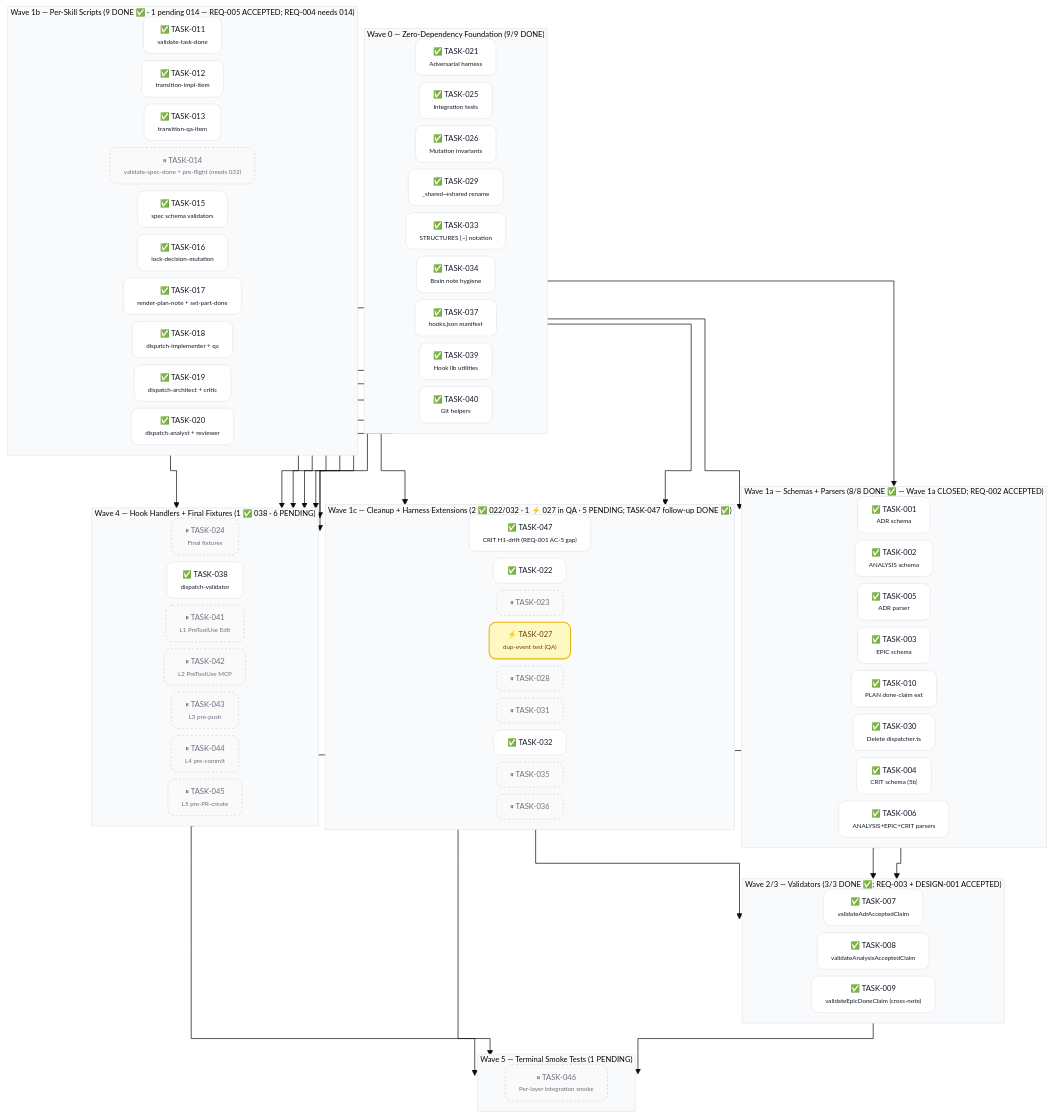
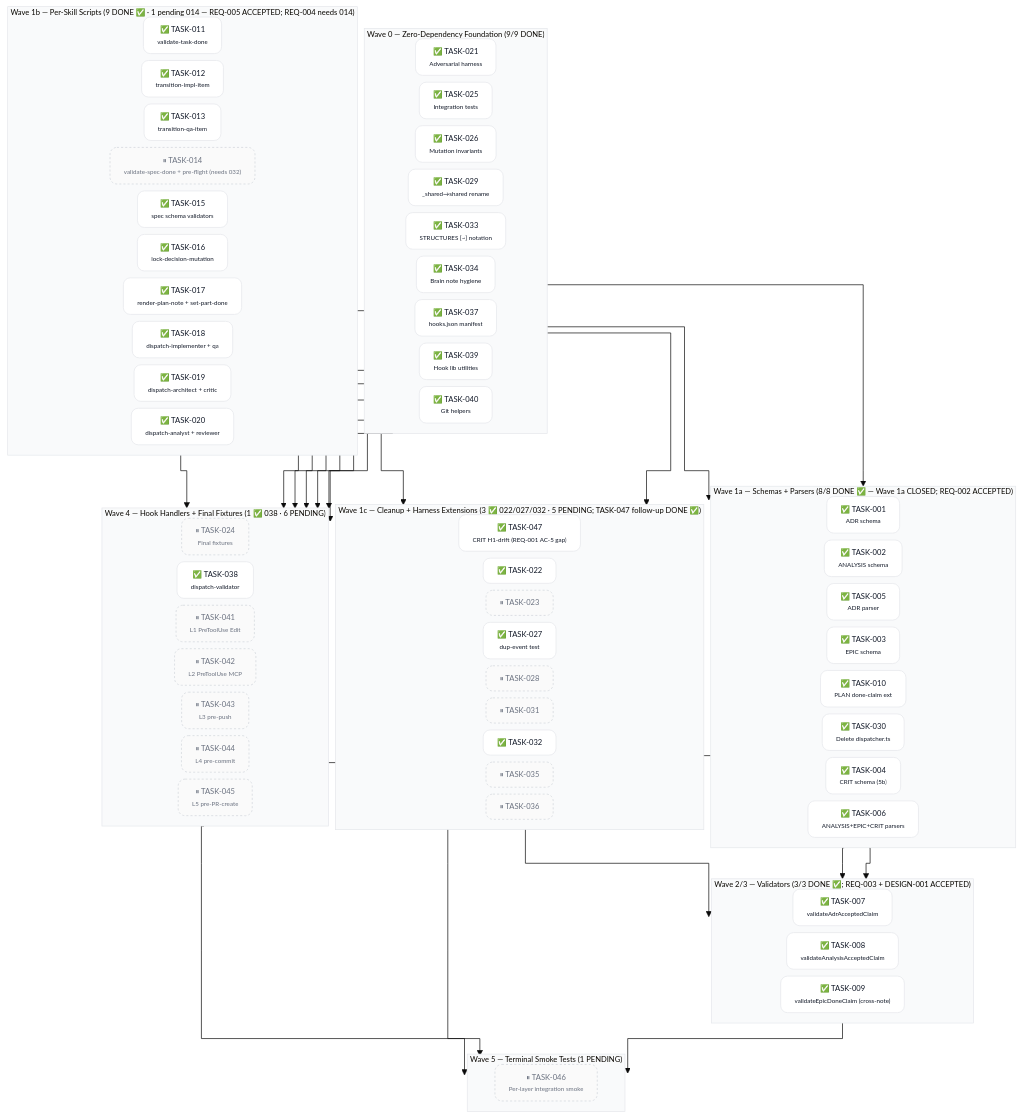
One commit to acmelabs-15/skills changed the second of 2 diagrams in docs/planning/PLAN-001-skills-ecosystem.md. Above: the diagram before and after it, drawn with Mermaid. The commit also changed other lines of this file and 4 other files, not shown here.

First line of the commit message:
build(SPEC-008): TASK-027 CLOSED (QA PASS, amended spec); 34/47 (Event 102)

````diff
--- a/docs/planning/PLAN-001-skills-ecosystem.md
+++ b/docs/planning/PLAN-001-skills-ecosystem.md
@@ -195,12 +195,12 @@
     T020["✅ TASK-020<br/><span style='font-size:9px'>dispatch-analyst + reviewer</span>"]
   end
 
-  subgraph W1c ["Wave 1c — Cleanup + Harness Extensions (2 ✅ 022/032 · 1 ⚡ 027 in QA · 5 PENDING; TASK-047 follow-up DONE ✅)"]
+  subgraph W1c ["Wave 1c — Cleanup + Harness Extensions (3 ✅ 022/027/032 · 5 PENDING; TASK-047 follow-up DONE ✅)"]
     direction LR
     T047["✅ TASK-047<br/><span style='font-size:9px'>CRIT H1-drift (REQ-001 AC-5 gap)</span>"]
     T022["✅ TASK-022"]
     T023["⏸ TASK-023"]
-    T027["⚡ TASK-027<br/><span style='font-size:9px'>dup-event test (QA)</span>"]
+    T027["✅ TASK-027<br/><span style='font-size:9px'>dup-event test</span>"]
     T028["⏸ TASK-028"]
     T031["⏸ TASK-031"]
     T032["✅ TASK-032"]
@@ -254,7 +254,6 @@
   T045 --> T046
 
   class T001,T002,T003,T004,T005,T006,T010,T021,T025,T026,T029,T030,T033,T034,T037,T039,T040 done
-  class T007,T008,T009,T047,T011,T012,T013,T015,T016,T017,T018,T019,T020,T022,T032,T038 done
-  class T027 inprogress
+  class T007,T008,T009,T047,T011,T012,T013,T015,T016,T017,T018,T019,T020,T022,T032,T038,T027 done
   class T014,T023,T024,T028,T031,T035,T036,T041,T042,T043,T044,T045,T046 pending
 ```
````
